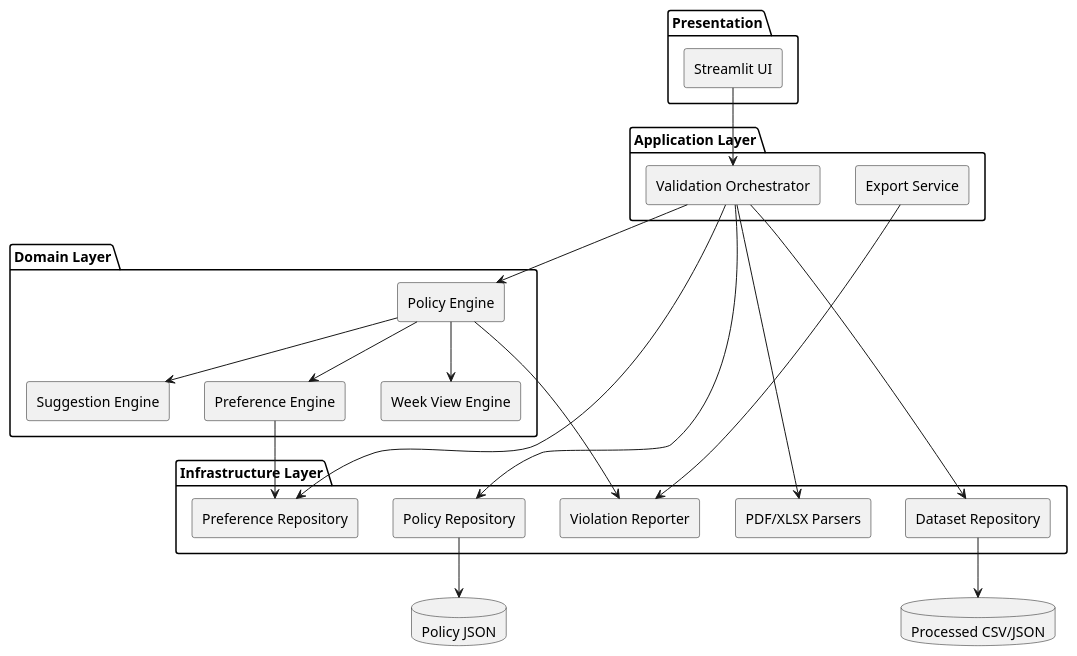
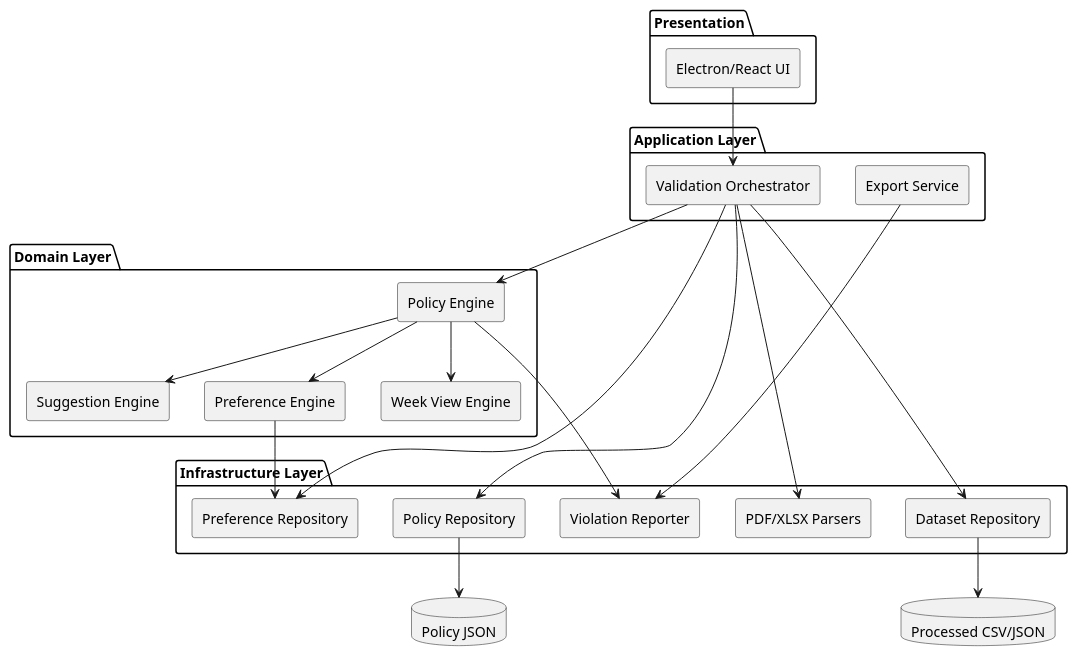
Before and after one commit to nmarcofernandess/horario: the third of 11 diagrams in docs/BUILD_ARQUITETURA_MOTOR_COMPLIANCE_ESCALA_CAIXA.md, drawn with PlantUML. The commit also changed other lines of this file and 230 other files, not shown here.

````diff
--- a/docs/BUILD_ARQUITETURA_MOTOR_COMPLIANCE_ESCALA_CAIXA.md
+++ b/docs/BUILD_ARQUITETURA_MOTOR_COMPLIANCE_ESCALA_CAIXA.md
@@ -109,47 +109,47 @@
 ```plantuml
 @startuml
 skinparam componentStyle rectangle
 
 package "Presentation" {
-  [Streamlit UI]
+  [Electron/React UI]
 }
 
 package "Application Layer" {
   [Validation Orchestrator]
   [Export Service]
 }
 
 package "Domain Layer" {
   [Policy Engine]
   [Suggestion Engine]
   [Preference Engine]
   [Week View Engine]
 }
 
 package "Infrastructure Layer" {
   [PDF/XLSX Parsers]
   [Dataset Repository]
   [Preference Repository]
   [Policy Repository]
   [Violation Reporter]
 }
 
 database "Processed CSV/JSON" as DataLake
 database "Policy JSON" as PolicyStore
 
-[Streamlit UI] --> [Validation Orchestrator]
+[Electron/React UI] --> [Validation Orchestrator]
 [Validation Orchestrator] --> [PDF/XLSX Parsers]
 [Validation Orchestrator] --> [Dataset Repository]
 [Validation Orchestrator] --> [Preference Repository]
 [Validation Orchestrator] --> [Policy Repository]
 [Validation Orchestrator] --> [Policy Engine]
 [Policy Engine] --> [Week View Engine]
 [Policy Engine] --> [Suggestion Engine]
 [Policy Engine] --> [Preference Engine]
 [Preference Engine] --> [Preference Repository]
 [Policy Engine] --> [Violation Reporter]
 [Export Service] --> [Violation Reporter]
 [Dataset Repository] --> DataLake
 [Policy Repository] --> PolicyStore
 @enduml
 ```
````
